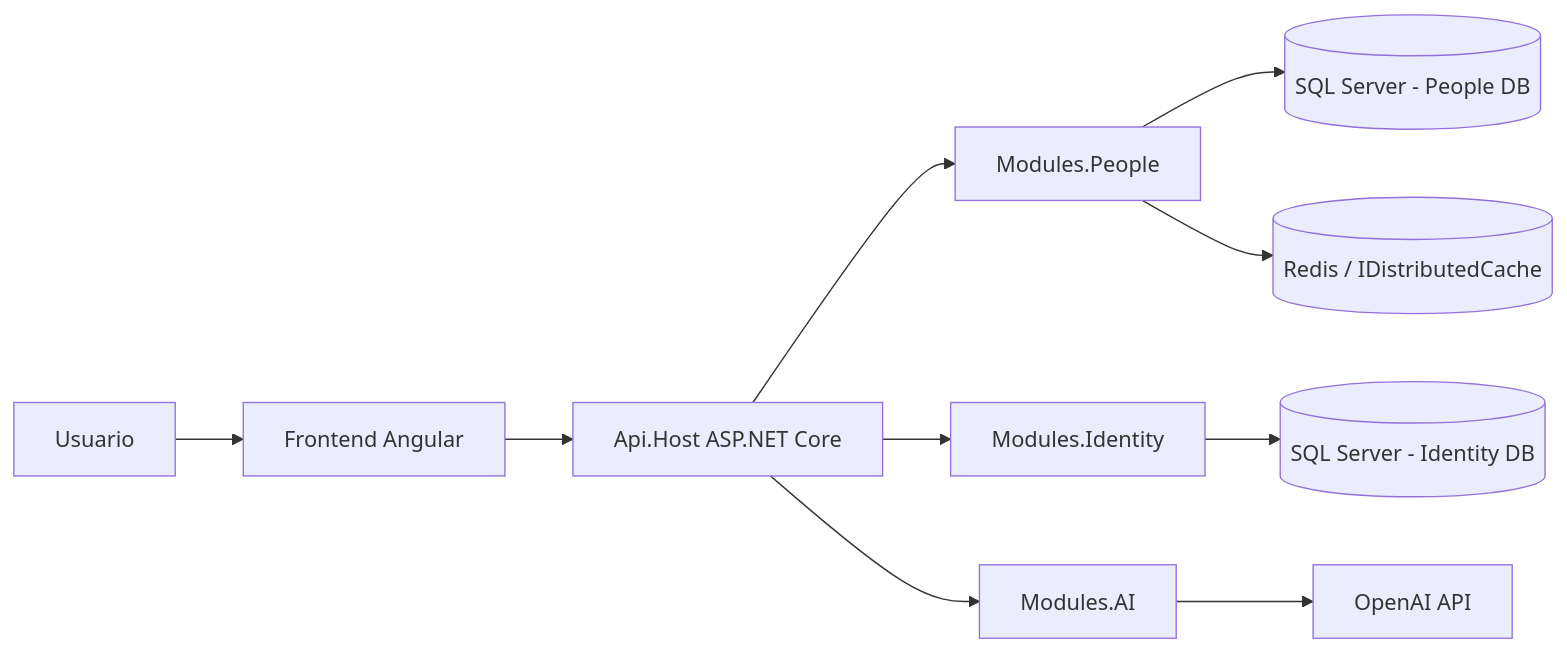
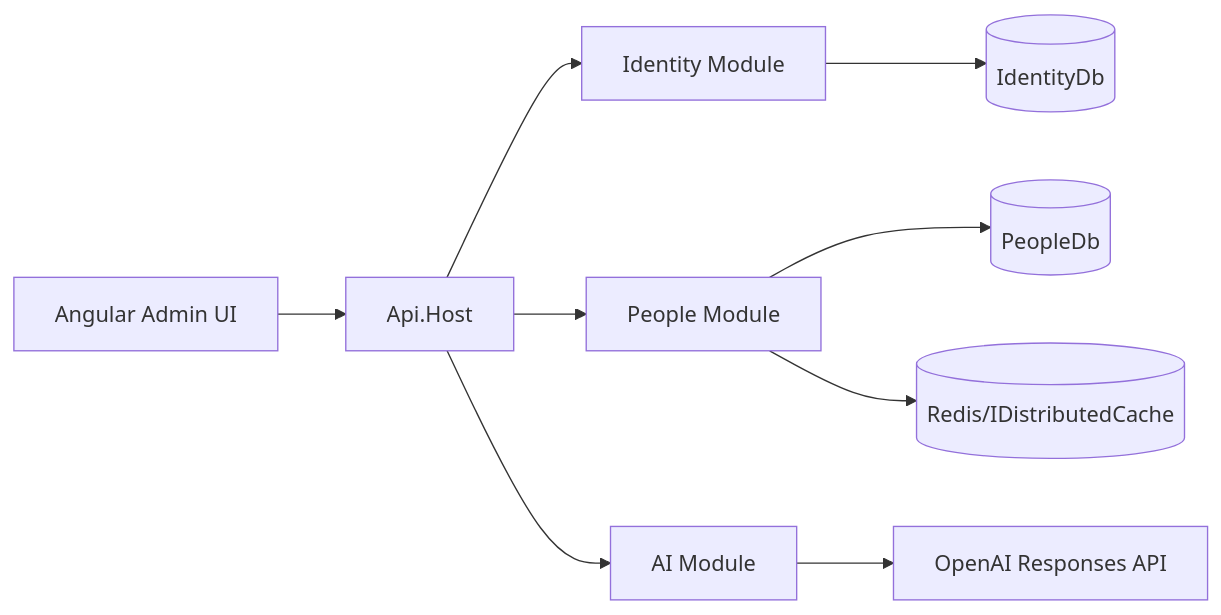
The diagram in README.md (devakle/Ficticia), drawn with Mermaid before and after one commit. The commit also changed other lines of this file and 9 other files, not shown here.

````diff
--- a/README.md
+++ b/README.md
@@ -67,12 +61,11 @@
 ```mermaid
 flowchart LR
-  U[Usuario] --> FE[Frontend Angular]
-  FE --> API[Api.Host ASP.NET Core]
-  API --> PPL[Modules.People]
-  API --> IDN[Modules.Identity]
-  API --> AIM[Modules.AI]
-  PPL --> SQLP[(SQL Server - People DB)]
-  IDN --> SQLI[(SQL Server - Identity DB)]
-  PPL --> CACHE[(Redis / IDistributedCache)]
-  AIM --> OAI[OpenAI API]
+  UI[Angular Admin UI] --> API[Api.Host]
+  API --> IDN[Identity Module]
+  API --> PPL[People Module]
+  API --> AIM[AI Module]
+  IDN --> SQLI[(IdentityDb)]
+  PPL --> SQLP[(PeopleDb)]
+  PPL --> CACHE[(Redis/IDistributedCache)]
+  AIM --> OAI[OpenAI Responses API]
 ```
````
